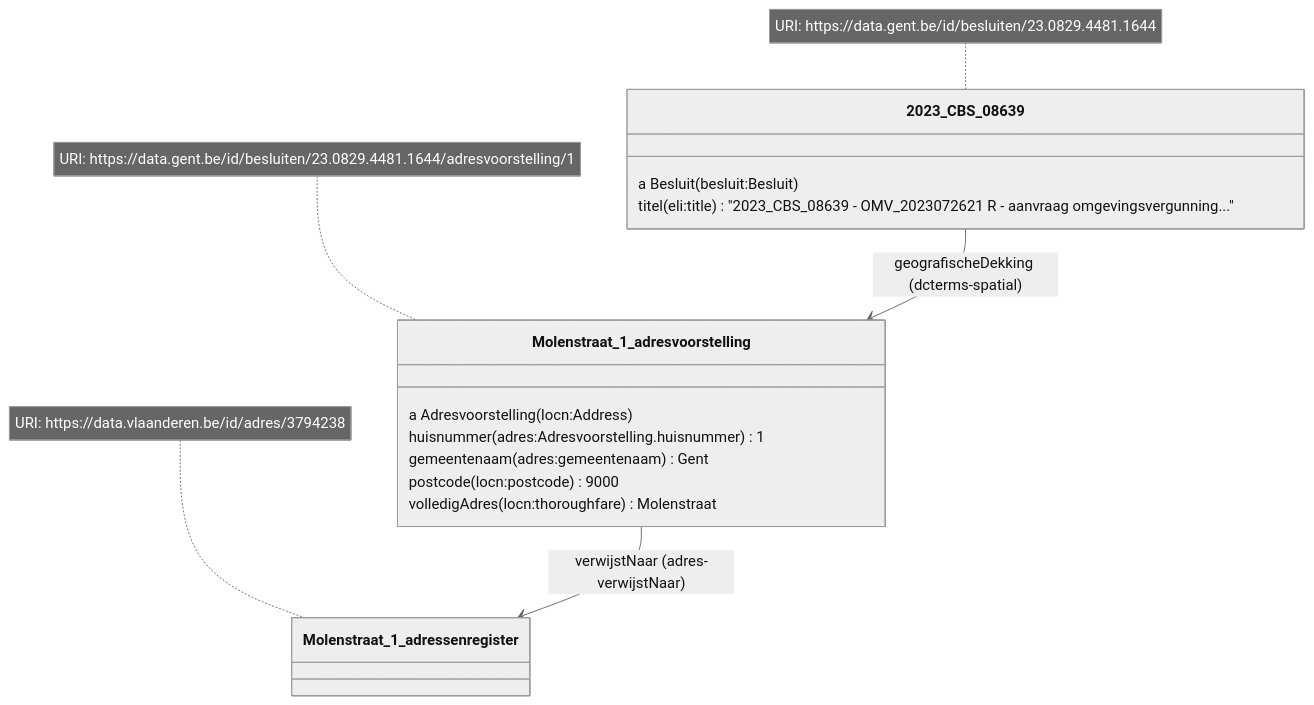
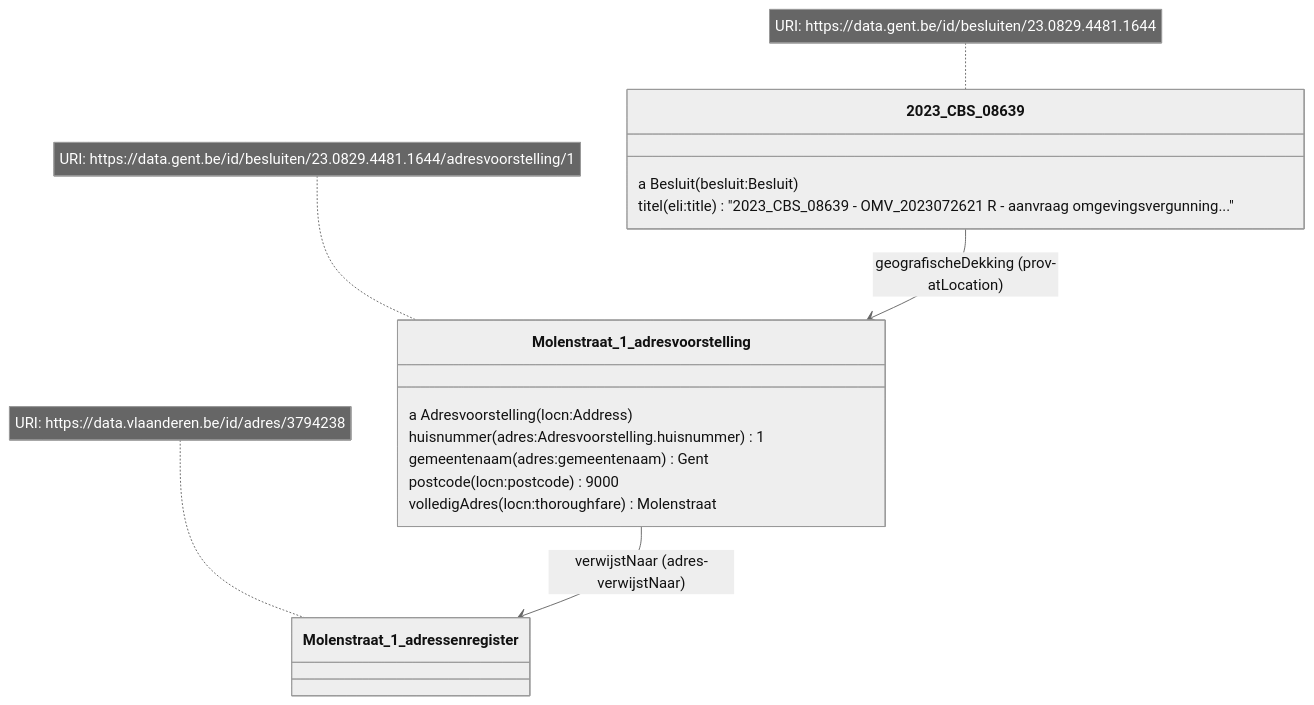
The second of 15 diagrams in README.md (Informatievlaanderen/OSLOthema-slimmeRaadpleegOmgeving), drawn with Mermaid (neutral theme) before and after one commit. The commit also changed other lines of this file, not shown here.

Commit message:
update dcterms:spatial to prov:atLocation

````diff
--- a/README.md
+++ b/README.md
@@ -58,19 +58,19 @@
 ```mermaid
 classDiagram
-    2023_CBS_08639 --> Molenstraat_1_adresvoorstelling: geografischeDekking (dcterms-spatial)
+    2023_CBS_08639 --> Molenstraat_1_adresvoorstelling: geografischeDekking (prov-atLocation)
     Molenstraat_1_adresvoorstelling --> Molenstraat_1_adressenregister: verwijstNaar (adres-verwijstNaar)
     note for 2023_CBS_08639 "URI: https://data.gent.be/id/besluiten/23.0829.4481.1644"
     note for Molenstraat_1_adresvoorstelling  "URI: https://data.gent.be/id/besluiten/23.0829.4481.1644/adresvoorstelling/1"
     note for Molenstraat_1_adressenregister "URI: https://data.vlaanderen.be/id/adres/3794238"
     class 2023_CBS_08639 {
       a Besluit (besluit:Besluit)
       titel (eli:title) "2023_CBS_08639 - OMV_2023072621 R - aanvraag omgevingsvergunning..."
     }
     class Molenstraat_1_adresvoorstelling {
       a Adresvoorstelling (locn:Address)
       huisnummer (adres:Adresvoorstelling.huisnummer) 1
       gemeentenaam (adres:gemeentenaam) Gent
       postcode (locn:postcode) 9000
       volledigAdres (locn:thoroughfare) Molenstraat
     }
 ```
````
